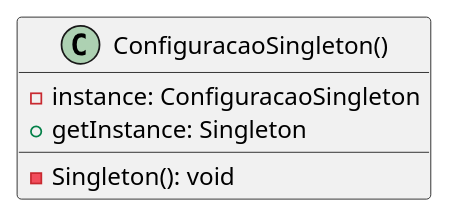
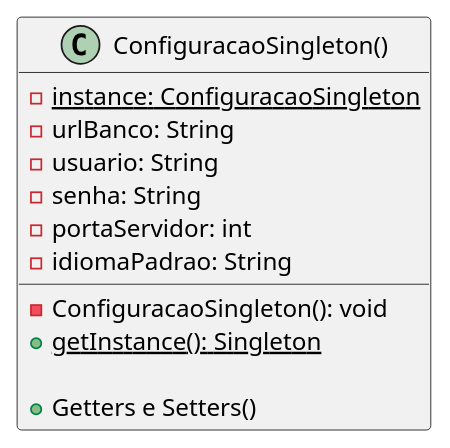
The diagram in exercicios-prova01/questao05/src/DiagramQ05.puml (Davi-SC/padroes-projeto), drawn with PlantUML before and after one commit. The commit also changed 3 other files, not shown here.

```diff
--- a/exercicios-prova01/questao05/src/DiagramQ05.puml
+++ b/exercicios-prova01/questao05/src/DiagramQ05.puml
@@ -1,9 +1,17 @@
 @startuml
 'https://plantuml.com/class-diagram
 class ConfiguracaoSingleton(){
-    -instance: ConfiguracaoSingleton
-    -Singleton(): void
-    +getInstance: Singleton
+    {static} - instance: ConfiguracaoSingleton
+    - urlBanco: String
+    - usuario: String
+    - senha: String
+    - portaServidor: int
+    - idiomaPadrao: String
+
+    -ConfiguracaoSingleton(): void
+    {static} + getInstance(): Singleton
+
+    +Getters e Setters()
 }
 
 @enduml
```
